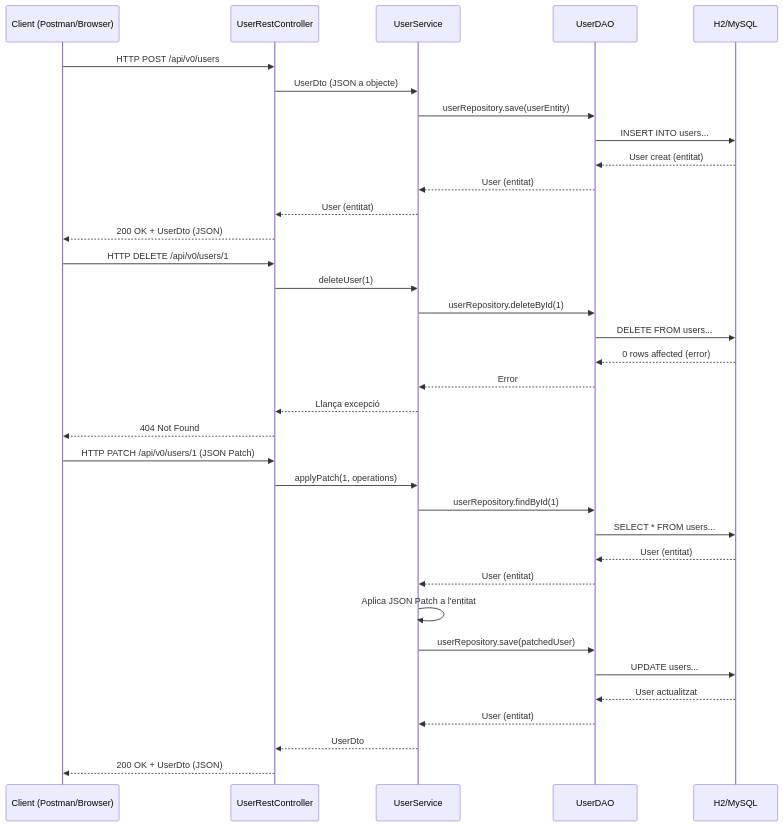
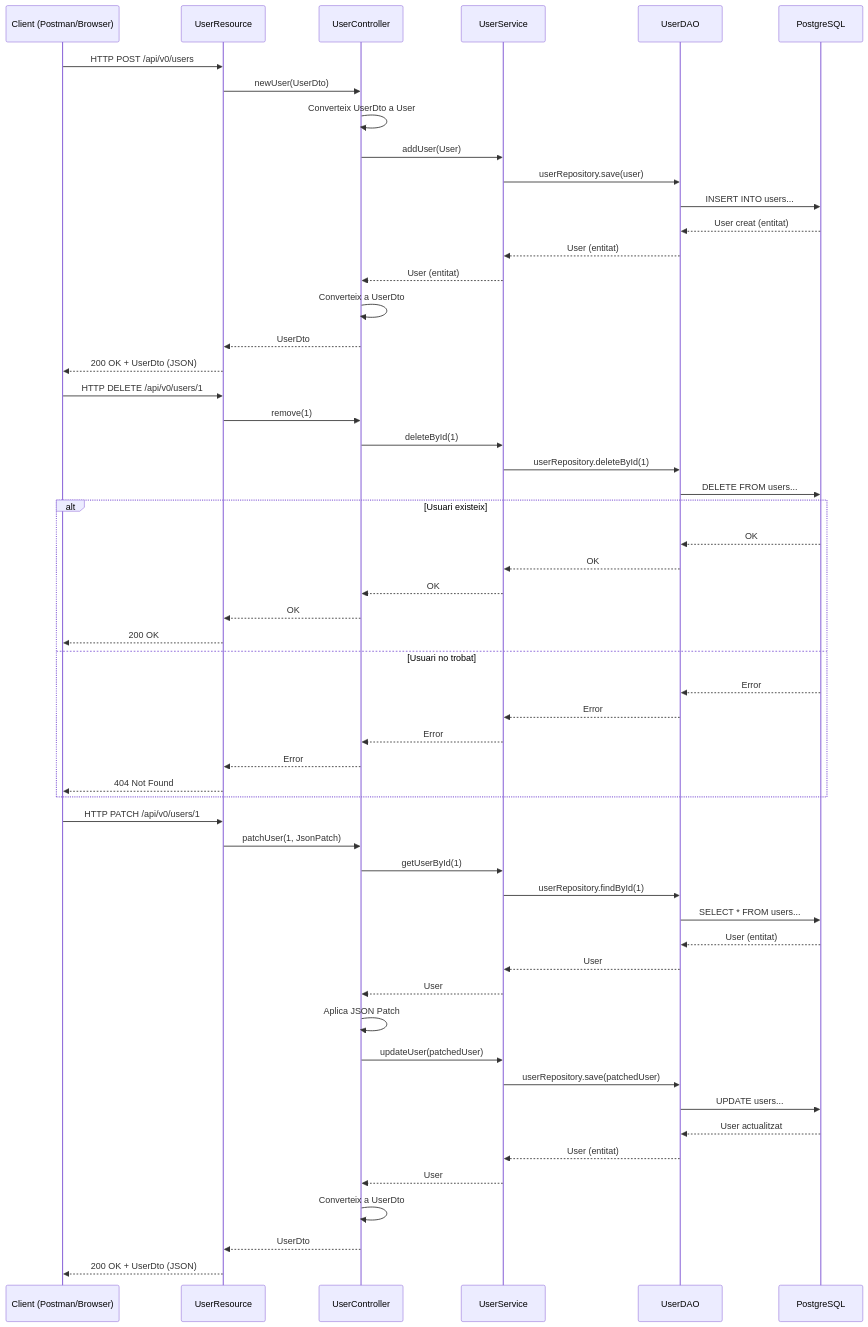
The second of 2 diagrams in README.md (mgrl39/spring-rest-jsonpatch), drawn with Mermaid before and after one commit. The commit also changed other lines of this file, not shown here.

Commit message:
solve readme

````diff
--- a/README.md
+++ b/README.md
@@ -62,40 +70,63 @@
 ```mermaid
 sequenceDiagram
     participant Client as Client (Postman/Browser)
-    participant RestController as UserRestController
+    participant Resource as UserResource
+    participant Controller as UserController
     participant Service as UserService
-    participant Repository as UserDAO
-    participant Database as H2/MySQL
+    participant DAO as UserDAO
+    participant Database as PostgreSQL
 
-    Client->>RestController: HTTP POST /api/v0/users
-    RestController->>Service: UserDto (JSON a objecte)
-    Service->>Repository: userRepository.save(userEntity)
-    Repository->>Database: INSERT INTO users...
-    Database-->>Repository: User creat (entitat)
-    Repository-->>Service: User (entitat)
-    Service-->>RestController: User (entitat)
-    RestController-->>Client: 200 OK + UserDto (JSON)
+    %% POST - Crear usuari
+    Client->>Resource: HTTP POST /api/v0/users
+    Resource->>Controller: newUser(UserDto)
+    Controller->>Controller: Converteix UserDto a User
+    Controller->>Service: addUser(User)
+    Service->>DAO: userRepository.save(user)
+    DAO->>Database: INSERT INTO users...
+    Database-->>DAO: User creat (entitat)
+    DAO-->>Service: User (entitat)
+    Service-->>Controller: User (entitat)
+    Controller->>Controller: Converteix a UserDto
+    Controller-->>Resource: UserDto
+    Resource-->>Client: 200 OK + UserDto (JSON)
 
-    Client->>RestController: HTTP DELETE /api/v0/users/1
-    RestController->>Service: deleteUser(1)
-    Service->>Repository: userRepository.deleteById(1)
-    Repository->>Database: DELETE FROM users...
-    Database-->>Repository: 0 rows affected (error)
-    Repository-->>Service: Error
-    Service-->>RestController: Llança excepció
-    RestController-->>Client: 404 Not Found
+    %% DELETE - Eliminar usuari
+    Client->>Resource: HTTP DELETE /api/v0/users/1
+    Resource->>Controller: remove(1)
+    Controller->>Service: deleteById(1)
+    Service->>DAO: userRepository.deleteById(1)
+    DAO->>Database: DELETE FROM users...
+    alt Usuari existeix
+        Database-->>DAO: OK
+        DAO-->>Service: OK
+        Service-->>Controller: OK
+        Controller-->>Resource: OK
+        Resource-->>Client: 200 OK
+    else Usuari no trobat
+        Database-->>DAO: Error
+        DAO-->>Service: Error
+        Service-->>Controller: Error
+        Controller-->>Resource: Error
+        Resource-->>Client: 404 Not Found
+    end
 
-    Client->>RestController: HTTP PATCH /api/v0/users/1 (JSON Patch)
-    RestController->>Service: applyPatch(1, operations)
-    Service->>Repository: userRepository.findById(1)
-    Repository->>Database: SELECT * FROM users...
-    Database-->>Repository: User (entitat)
-    Repository-->>Service: User (entitat)
-    Service->>Service: Aplica JSON Patch a l'entitat
-    Service->>Repository: userRepository.save(patchedUser)
-    Repository->>Database: UPDATE users...
-    Database-->>Repository: User actualitzat
-    Repository-->>Service: User (entitat)
-    Service-->>RestController: UserDto
-    RestController-->>Client: 200 OK + UserDto (JSON)
+    %% PATCH - Actualitzar parcialment
+    Client->>Resource: HTTP PATCH /api/v0/users/1
+    Resource->>Controller: patchUser(1, JsonPatch)
+    Controller->>Service: getUserById(1)
+    Service->>DAO: userRepository.findById(1)
+    DAO->>Database: SELECT * FROM users...
+    Database-->>DAO: User (entitat)
+    DAO-->>Service: User
+    Service-->>Controller: User
+    Controller->>Controller: Aplica JSON Patch
+    Controller->>Service: updateUser(patchedUser)
+    Service->>DAO: userRepository.save(patchedUser)
+    DAO->>Database: UPDATE users...
+    Database-->>DAO: User actualitzat
+    DAO-->>Service: User (entitat)
+    Service-->>Controller: User
+    Controller->>Controller: Converteix a UserDto
+    Controller-->>Resource: UserDto
+    Resource-->>Client: 200 OK + UserDto (JSON)
 ```
````
